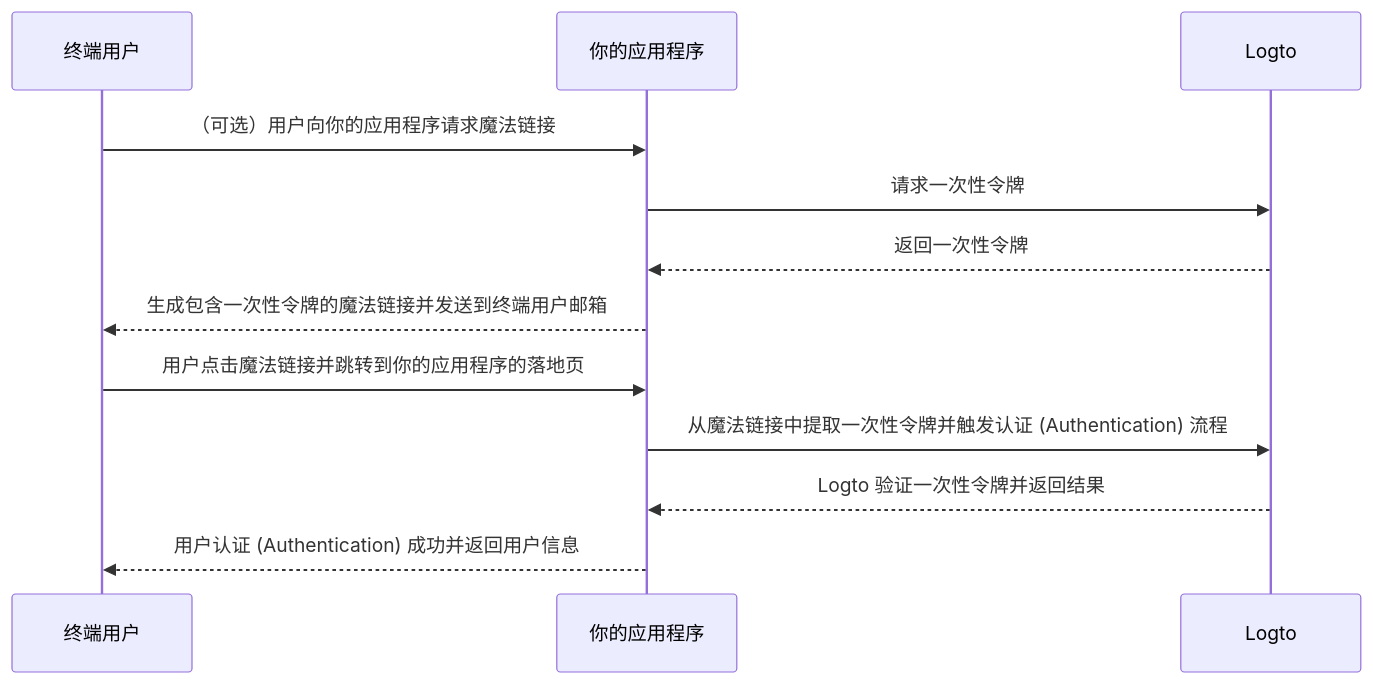
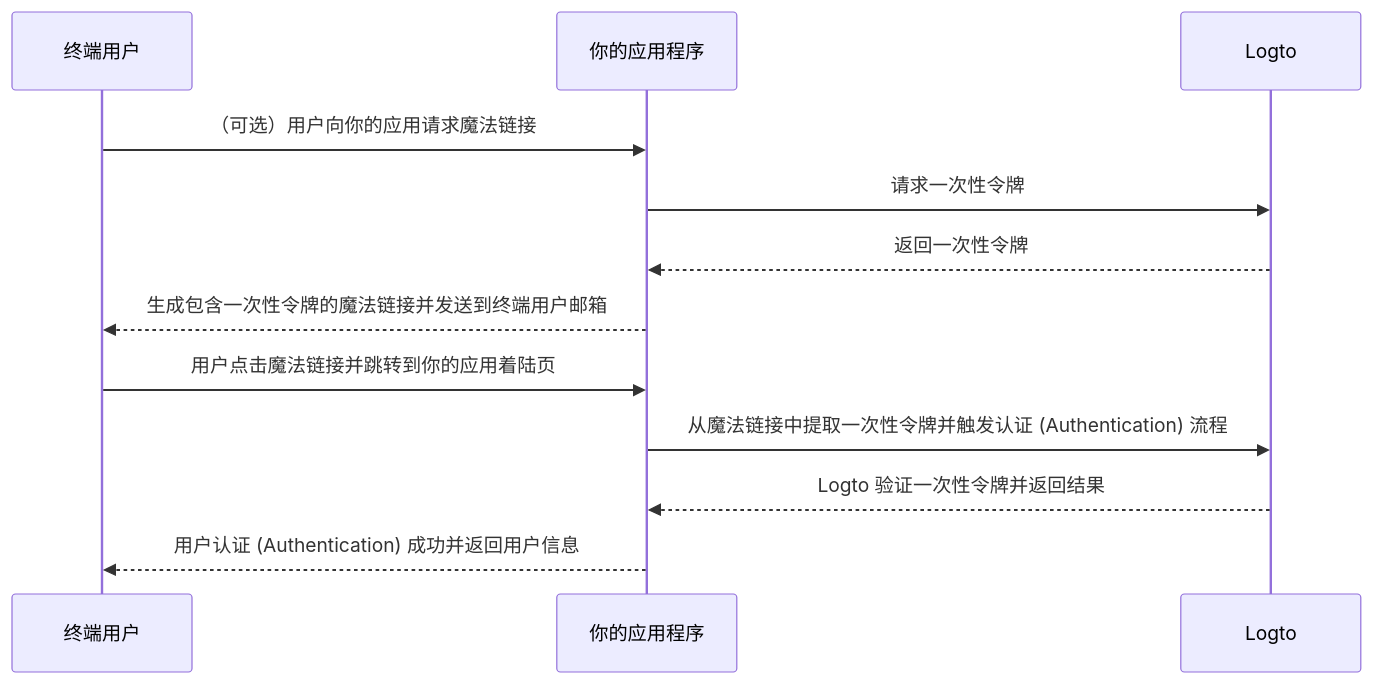
The diagram in i18n/zh-CN/docusaurus-plugin-content-docs/current/end-user-flows/one-time-token.mdx (logto-io/docs), drawn with Mermaid before and after one commit. The commit also changed other lines of this file and 37 other files, not shown here.

````diff
--- a/i18n/zh-CN/docusaurus-plugin-content-docs/current/end-user-flows/one-time-token.mdx
+++ b/i18n/zh-CN/docusaurus-plugin-content-docs/current/end-user-flows/one-time-token.mdx
@@ -24,15 +40,15 @@
 ```mermaid
 sequenceDiagram
   participant U as 终端用户
   participant C as 你的应用程序
   participant L as Logto
 
-  U ->> C: （可选）用户向你的应用程序请求魔法链接
+  U ->> C: （可选）用户向你的应用请求魔法链接
   C ->> L: 请求一次性令牌
   L -->> C: 返回一次性令牌
   C -->> U: 生成包含一次性令牌的魔法链接并发送到终端用户邮箱
-  U ->> C: 用户点击魔法链接并跳转到你的应用程序的落地页
+  U ->> C: 用户点击魔法链接并跳转到你的应用着陆页
   C ->> L: 从魔法链接中提取一次性令牌并触发认证 (Authentication) 流程
   L -->> C: Logto 验证一次性令牌并返回结果
   C -->> U: 用户认证 (Authentication) 成功并返回用户信息
 ```
````
